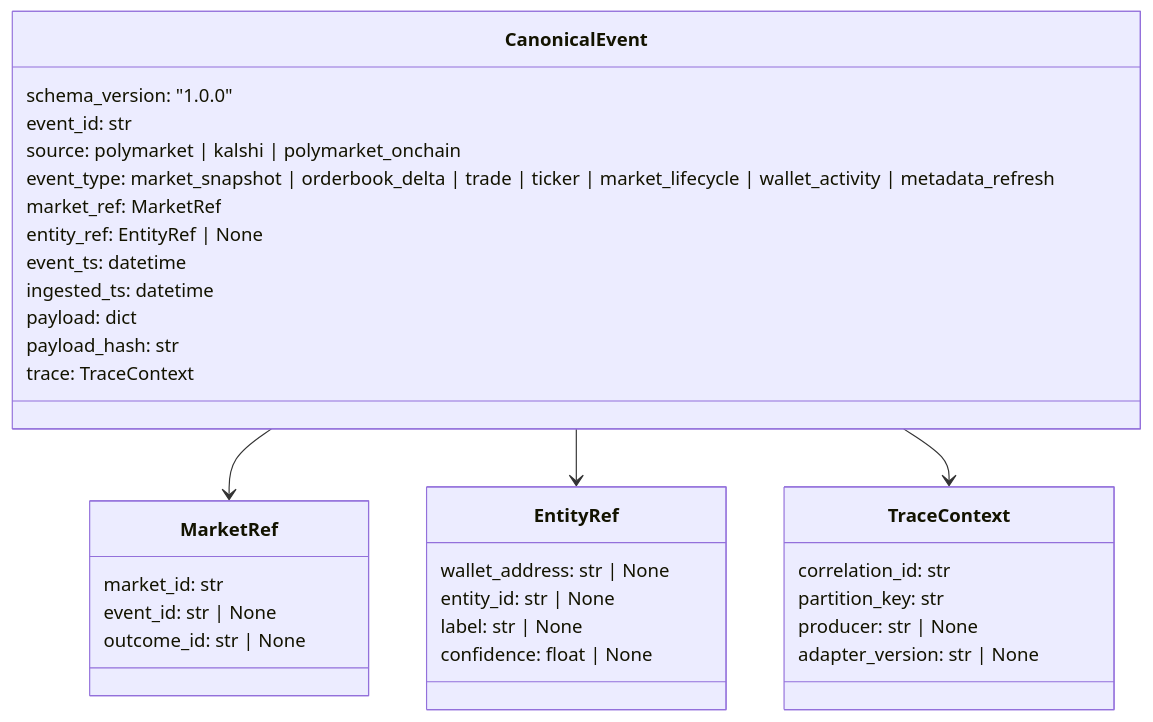
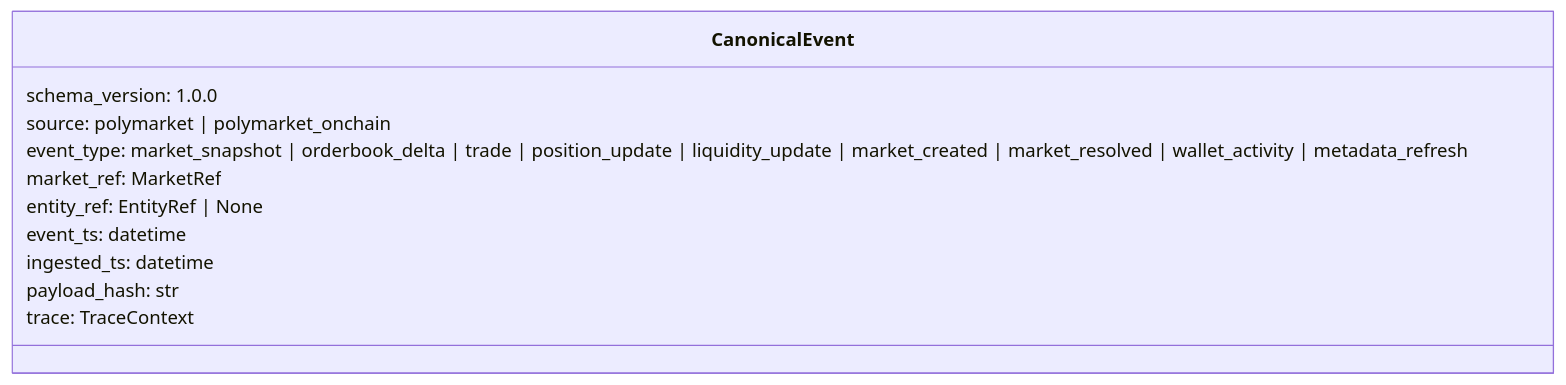
The second of 3 diagrams in docs/architecture/architecture-deck.md (MarchenkoRuslan/alarm_system), drawn with Mermaid before and after one commit. The commit also changed other lines of this file and 18 other files, not shown here.

First line of the commit message:
Add .gitignore and update architecture documentation for Polymarket MVP

````diff
--- a/docs/architecture/architecture-deck.md
+++ b/docs/architecture/architecture-deck.md
@@ -120,36 +47,14 @@
 ```mermaid
 classDiagram
   class CanonicalEvent {
-    schema_version: "1.0.0"
-    event_id: str
-    source: polymarket | kalshi | polymarket_onchain
-    event_type: market_snapshot | orderbook_delta | trade | ticker | market_lifecycle | wallet_activity | metadata_refresh
+    schema_version: 1.0.0
+    source: polymarket | polymarket_onchain
+    event_type: market_snapshot | orderbook_delta | trade | position_update | liquidity_update | market_created | market_resolved | wallet_activity | metadata_refresh
     market_ref: MarketRef
     entity_ref: EntityRef | None
     event_ts: datetime
     ingested_ts: datetime
-    payload: dict
     payload_hash: str
     trace: TraceContext
   }
-  class MarketRef {
-    market_id: str
-    event_id: str | None
-    outcome_id: str | None
-  }
-  class EntityRef {
-    wallet_address: str | None
-    entity_id: str | None
-    label: str | None
-    confidence: float | None
-  }
-  class TraceContext {
-    correlation_id: str
-    partition_key: str
-    producer: str | None
-    adapter_version: str | None
-  }
-  CanonicalEvent --> MarketRef
-  CanonicalEvent --> EntityRef
-  CanonicalEvent --> TraceContext
 ```
````
